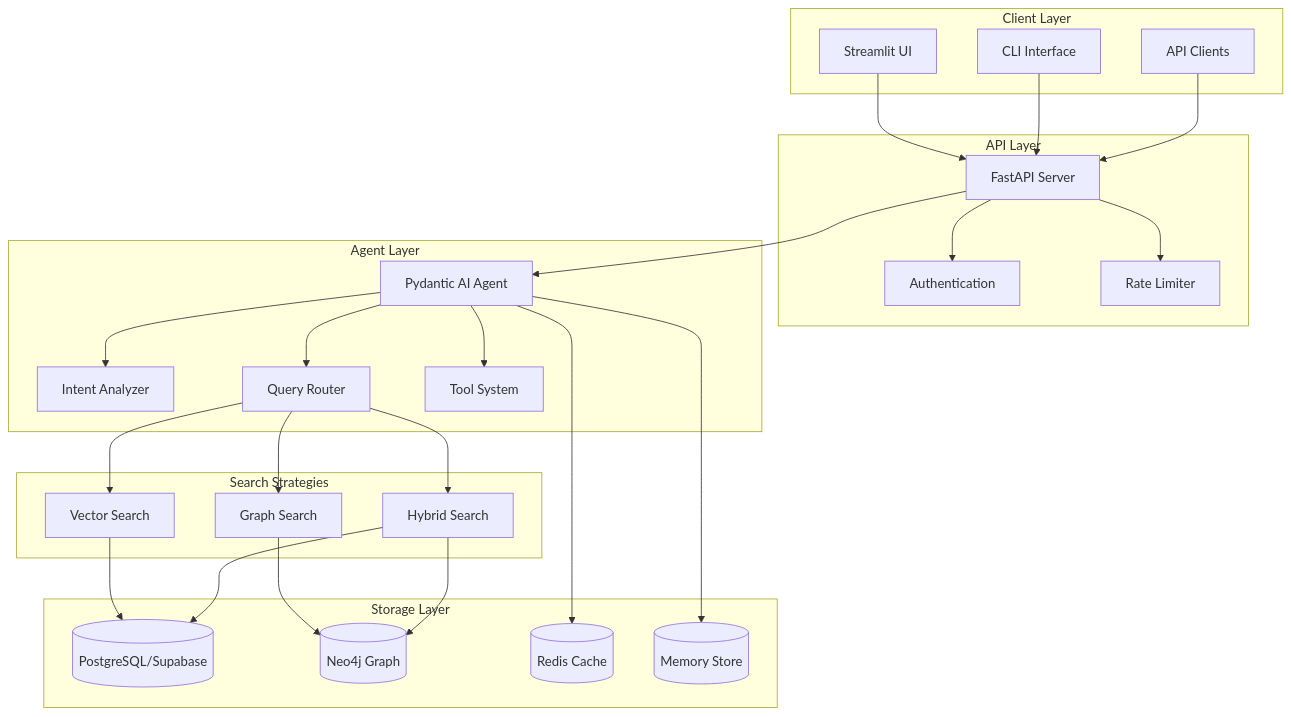
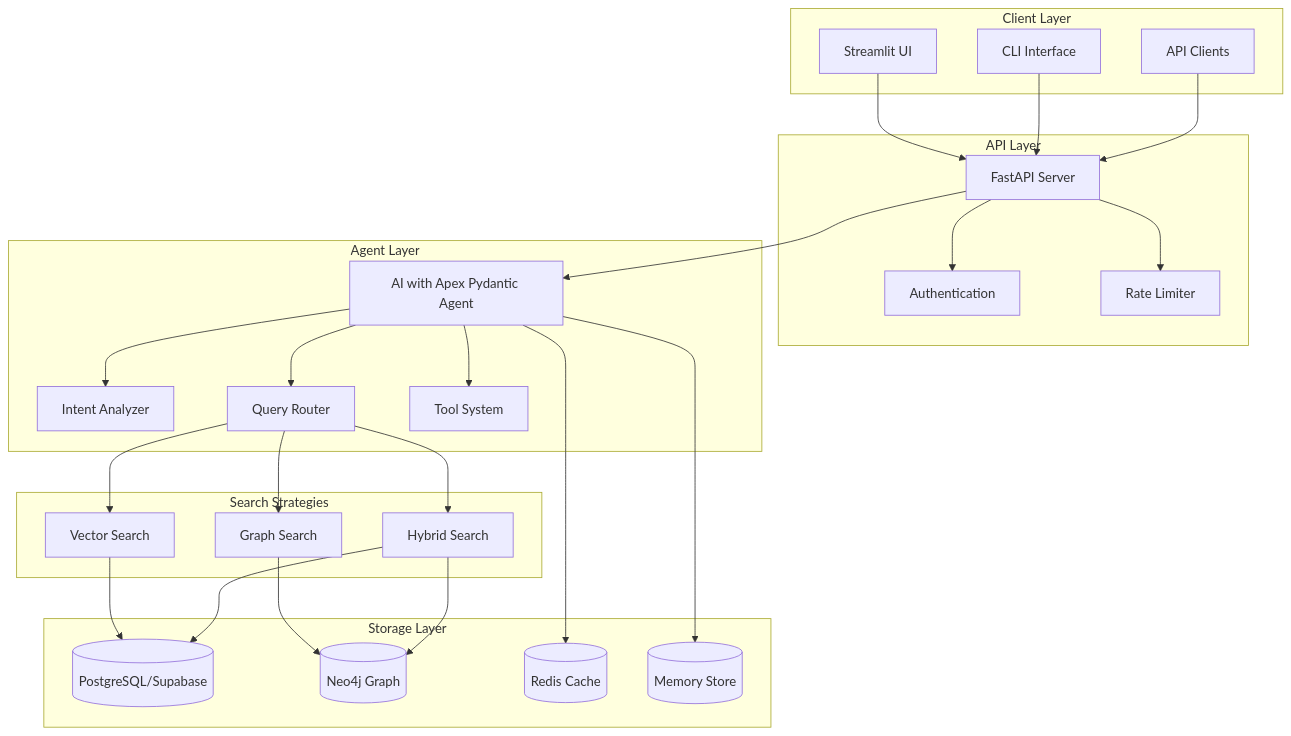
One commit to moshehbenavraham/knowledge-graph-pydantic-agent changed the first of 9 diagrams in docs/architecture_diagrams.md. Above: the diagram before and after it, drawn with Mermaid. The commit also changed 4 other files, not shown here.

````diff
--- a/docs/architecture_diagrams.md
+++ b/docs/architecture_diagrams.md
@@ -7,53 +7,53 @@
 ```mermaid
 graph TB
     subgraph "Client Layer"
         UI[Streamlit UI]
         CLI[CLI Interface]
         API_Client[API Clients]
     end
 
     subgraph "API Layer"
         FastAPI[FastAPI Server]
         Auth[Authentication]
         RateLimiter[Rate Limiter]
     end
 
     subgraph "Agent Layer"
-        Agent[Pydantic AI Agent]
+        Agent[AI with Apex Pydantic Agent]
         Intent[Intent Analyzer]
         Router[Query Router]
         Tools[Tool System]
     end
 
     subgraph "Storage Layer"
         PG[(PostgreSQL/Supabase)]
         Neo4j[(Neo4j Graph)]
         Redis[(Redis Cache)]
         Mem0[(Memory Store)]
     end
 
     subgraph "Search Strategies"
         Vector[Vector Search]
         Graph[Graph Search]
         Hybrid[Hybrid Search]
     end
 
     UI --> FastAPI
     CLI --> FastAPI
     API_Client --> FastAPI
     FastAPI --> Auth
     FastAPI --> RateLimiter
     FastAPI --> Agent
     Agent --> Intent
     Agent --> Router
     Agent --> Tools
     Router --> Vector
     Router --> Graph
     Router --> Hybrid
     Vector --> PG
     Graph --> Neo4j
     Hybrid --> PG
     Hybrid --> Neo4j
     Agent --> Redis
     Agent --> Mem0
 ```
````
